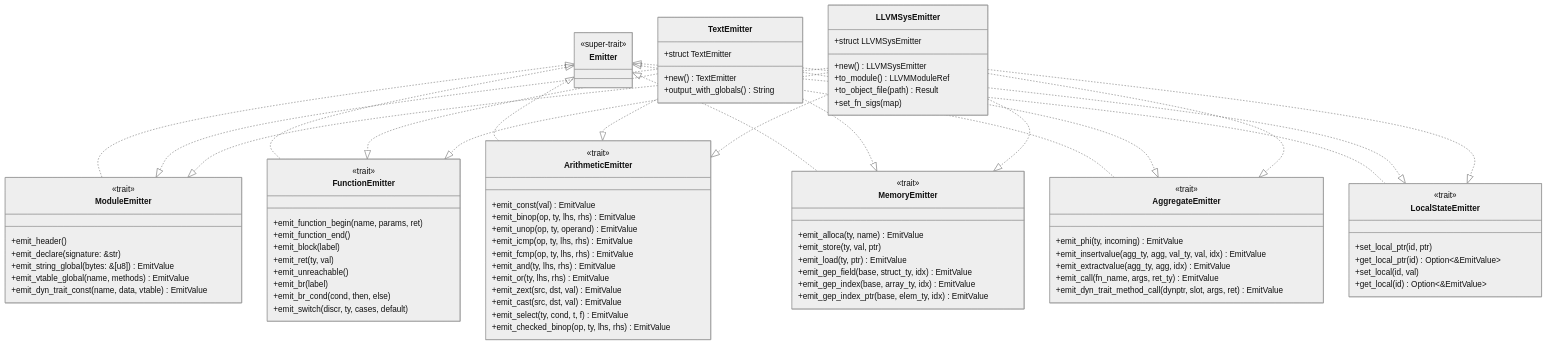
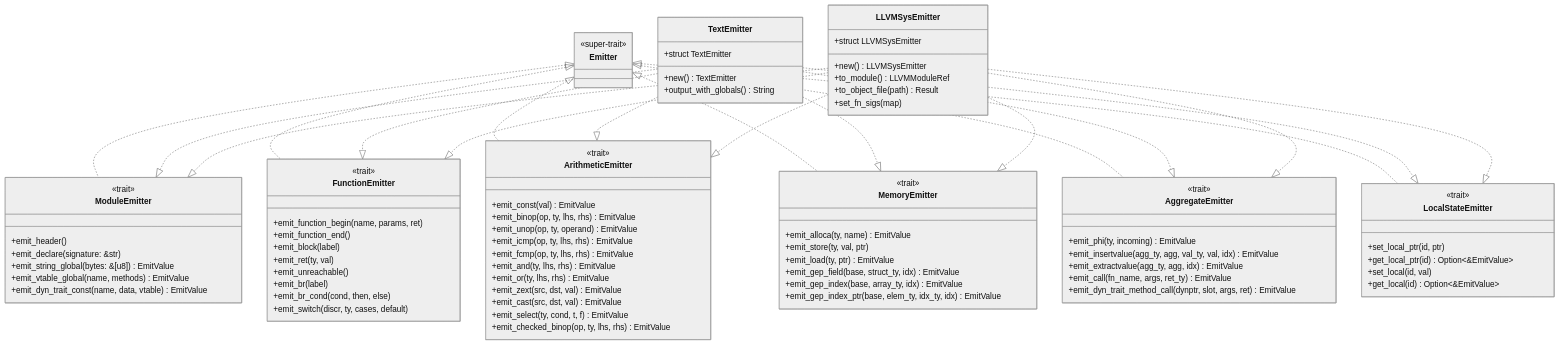
One commit to Redskaber/landin-lang changed the first of 3 diagrams in docs/graph/codegen/emitter-trait.md. Above: the diagram before and after it, drawn with Mermaid (neutral theme). The commit also changed 20 other files, not shown here.

```diff
--- a/docs/graph/codegen/emitter-trait.md
+++ b/docs/graph/codegen/emitter-trait.md
@@ -53,7 +53,7 @@
         +emit_load(ty, ptr) EmitValue
         +emit_gep_field(base, struct_ty, idx) EmitValue
         +emit_gep_index(base, array_ty, idx) EmitValue
-        +emit_gep_index_ptr(base, elem_ty, idx) EmitValue
+        +emit_gep_index_ptr(base, elem_ty, idx_ty, idx) EmitValue
     }
     class AggregateEmitter {
         <<trait>>
```
